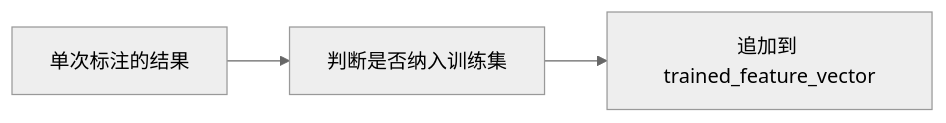
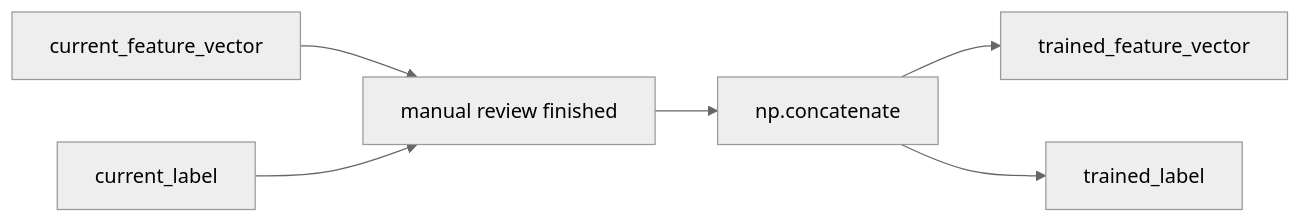
The sixth of 8 diagrams in docs/blog/AnimationPapers/knowing_when_to_put_your_foot_down/README.md (EvihGraphics/AnimationTech-HTC), drawn with Mermaid (neutral theme) before and after one commit. The commit also changed other lines of this file and 6 other files, not shown here.

````diff
--- a/docs/blog/AnimationPapers/knowing_when_to_put_your_foot_down/README.md
+++ b/docs/blog/AnimationPapers/knowing_when_to_put_your_foot_down/README.md
@@ -149,5 +156,8 @@
 ```mermaid
 flowchart LR
-    A[单次标注的结果] --> B[判断是否纳入训练集]
-    B --> C[追加到 trained_feature_vector]
+    A[current_feature_vector] --> B[manual review finished]
+    C[current_label] --> B
+    B --> D[np.concatenate]
+    D --> E[trained_feature_vector]
+    D --> F[trained_label]
 ```
````
